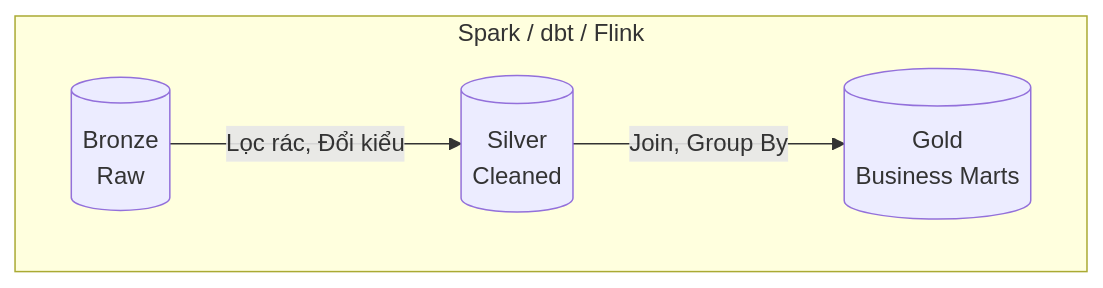
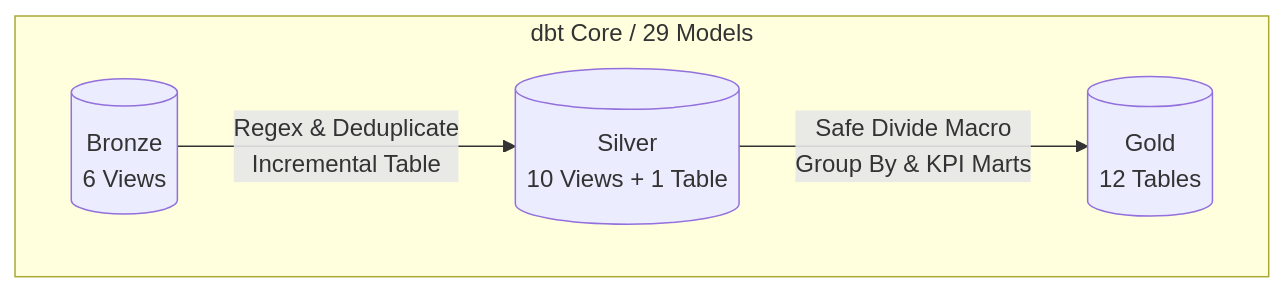
The second of 3 diagrams in SYSTEM_DESIGN_GUIDE.md (PhucTruong11/laplaptech_pipeline), drawn with Mermaid before and after one commit. The commit also changed other lines of this file and 11 other files, not shown here.

````diff
--- a/SYSTEM_DESIGN_GUIDE.md
+++ b/SYSTEM_DESIGN_GUIDE.md
@@ -96,8 +102,8 @@
 ```mermaid
 flowchart TD
-    subgraph Transformation Engine [Spark / dbt / Flink]
+    subgraph Transformation Engine [dbt Core / 29 Models]
         direction LR
-        B[(Bronze<br>Raw)] -->|Lọc rác, Đổi kiểu| S[(Silver<br>Cleaned)]
-        S -->|Join, Group By| G[(Gold<br>Business Marts)]
+        B[(Bronze<br>6 Views)] -->|Regex & Deduplicate<br>Incremental Table| S[(Silver<br>10 Views + 1 Table)]
+        S -->|Safe Divide Macro<br>Group By & KPI Marts| G[(Gold<br>12 Tables)]
     end
 ```
````
